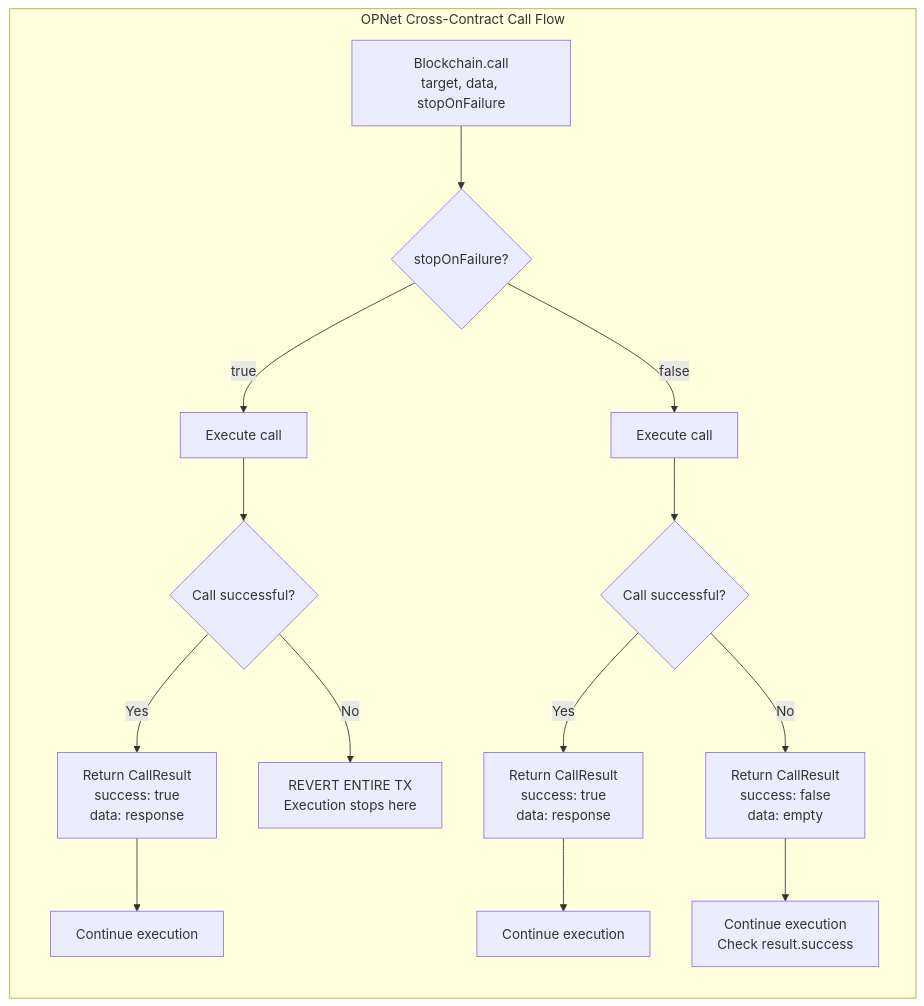
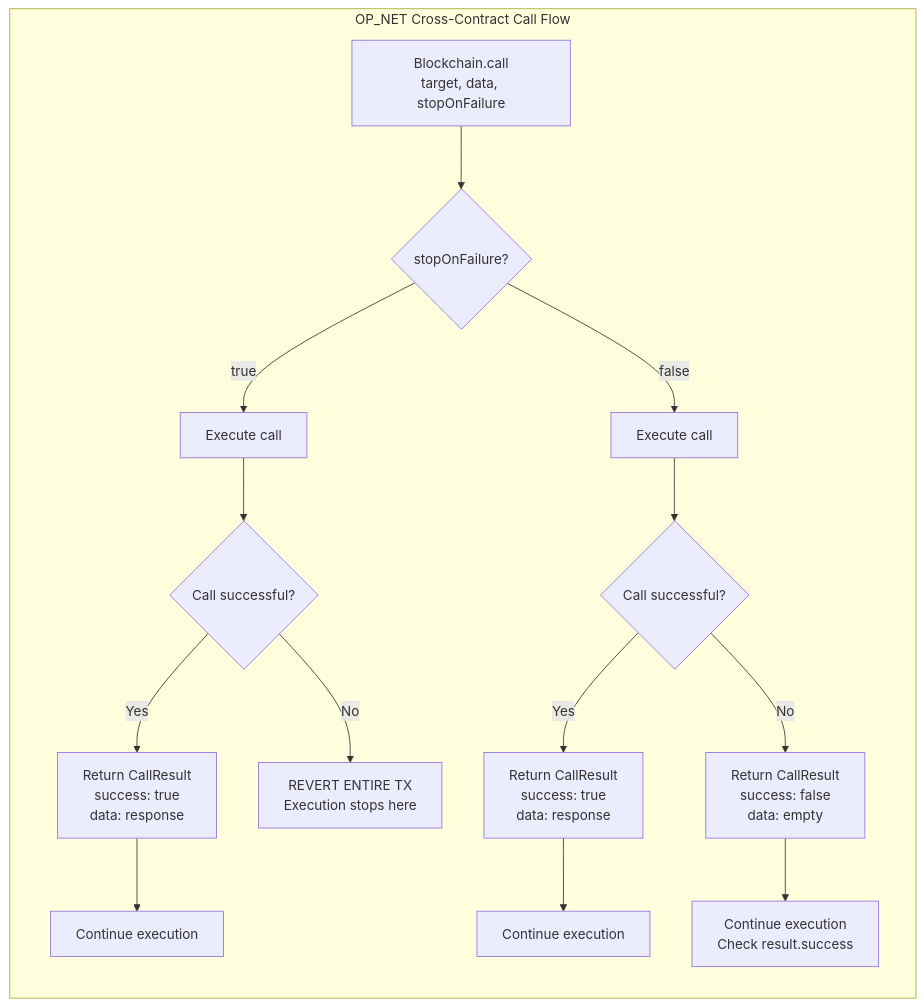
The second of 2 diagrams in docs/advanced/cross-contract-calls.md (btc-vision/btc-runtime), drawn with Mermaid before and after one commit. The commit also changed other lines of this file and 46 other files, not shown here.

Commit message:
Change OPNet to OP_NET

````diff
--- a/docs/advanced/cross-contract-calls.md
+++ b/docs/advanced/cross-contract-calls.md
@@ -94,22 +94,22 @@
 ```mermaid
 flowchart LR
-    subgraph OPNet["OPNet Cross-Contract Call Flow"]
+    subgraph OP_NET["OP_NET Cross-Contract Call Flow"]
         A["Blockchain.call<br/>target, data, stopOnFailure"] --> B{"stopOnFailure?"}
 
         B -->|"true"| C["Execute call"]
         B -->|"false"| D["Execute call"]
 
         C --> E{"Call successful?"}
         D --> F{"Call successful?"}
 
         E -->|"Yes"| G["Return CallResult<br/>success: true<br/>data: response"]
         E -->|"No"| H["REVERT ENTIRE TX<br/>Execution stops here"]
 
         F -->|"Yes"| I["Return CallResult<br/>success: true<br/>data: response"]
         F -->|"No"| J["Return CallResult<br/>success: false<br/>data: empty"]
 
         G --> K["Continue execution"]
         I --> L["Continue execution"]
         J --> M["Continue execution<br/>Check result.success"]
     end
 ```
````
